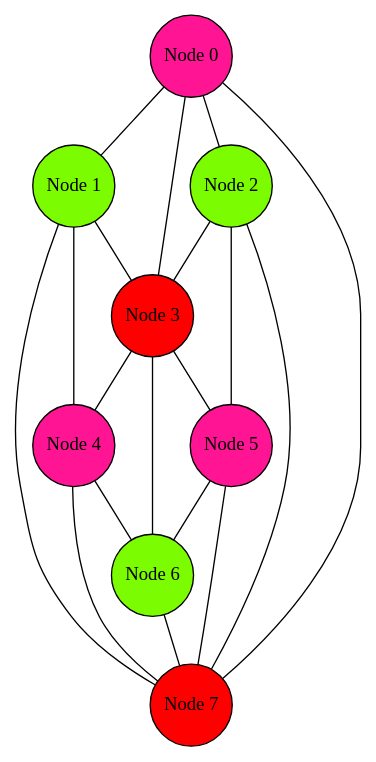
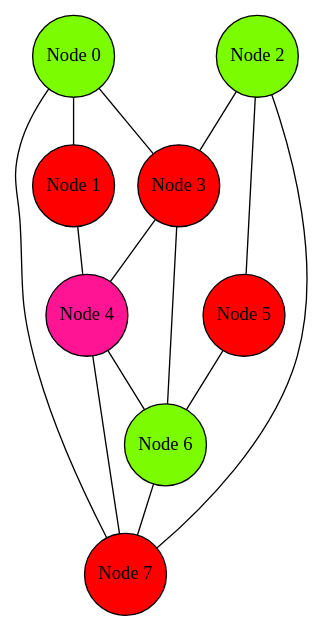
Before and after one commit to AlexanderSenchenko/Graph_coloring: the diagram in graph.gv, drawn with Graphviz. The commit also changed 8 other files, not shown here.

```diff
--- a/graph.gv
+++ b/graph.gv
@@ -1,32 +1,27 @@
 digraph HelloGraph {
 	node [shape="circle", style="filled", margin="0.01"];
 	edge [dir="none"];
 
-	"Node 0" [fillcolor="deeppink"]
-	"Node 1" [fillcolor="lawngreen"]
+	"Node 0" [fillcolor="lawngreen"]
+	"Node 1" [fillcolor="red"]
 	"Node 2" [fillcolor="lawngreen"]
 	"Node 3" [fillcolor="red"]
 	"Node 4" [fillcolor="deeppink"]
-	"Node 5" [fillcolor="deeppink"]
+	"Node 5" [fillcolor="red"]
 	"Node 6" [fillcolor="lawngreen"]
 	"Node 7" [fillcolor="red"]
 
 	"Node 0" -> "Node 1";
-	"Node 0" -> "Node 2";
 	"Node 0" -> "Node 3";
 	"Node 0" -> "Node 7";
-	"Node 1" -> "Node 3";
 	"Node 1" -> "Node 4";
-	"Node 1" -> "Node 7";
 	"Node 2" -> "Node 3";
 	"Node 2" -> "Node 5";
 	"Node 2" -> "Node 7";
 	"Node 3" -> "Node 4";
-	"Node 3" -> "Node 5";
 	"Node 3" -> "Node 6";
 	"Node 4" -> "Node 6";
 	"Node 4" -> "Node 7";
 	"Node 5" -> "Node 6";
-	"Node 5" -> "Node 7";
 	"Node 6" -> "Node 7";
 }
```
